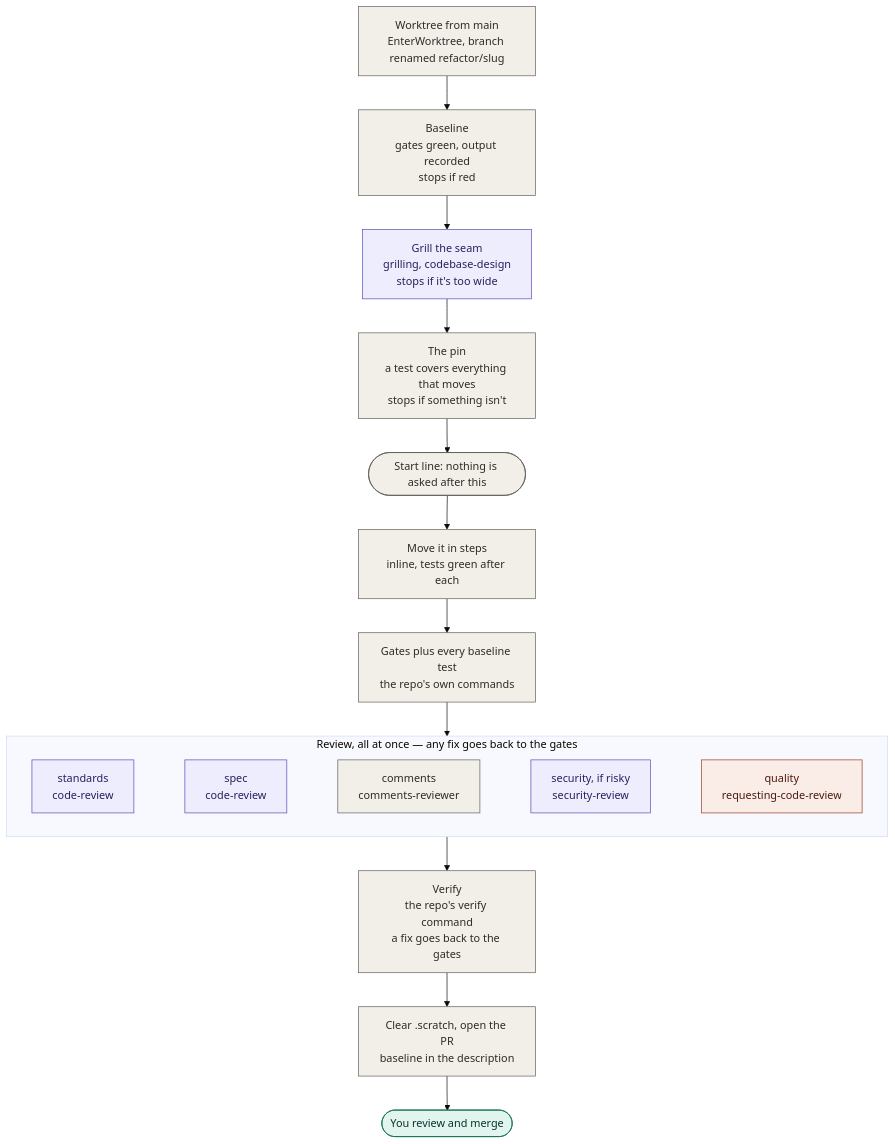
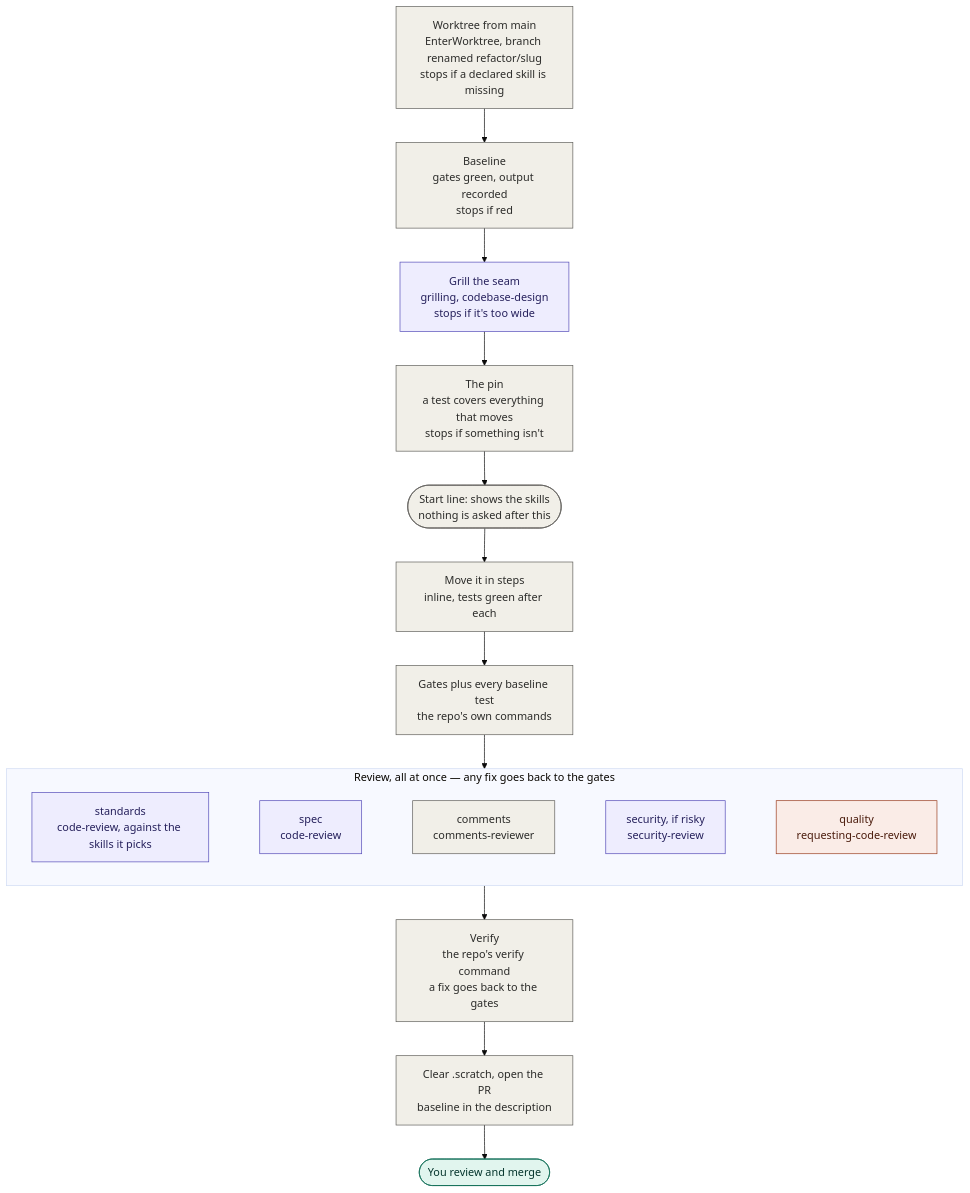
Before and after one commit to junayed711/temper: the third of 6 diagrams in README.md, drawn with Mermaid (base theme). The commit also changed other lines of this file, not shown here.

Commit message:
show skill routing in the readme workflow diagrams

````diff
--- a/README.md
+++ b/README.md
@@ -425,31 +425,31 @@
 ```mermaid
 flowchart TD
-    wt["Worktree from main<br/>EnterWorktree, branch renamed refactor/slug"]:::temper
+    wt["Worktree from main<br/>EnterWorktree, branch renamed refactor/slug<br/>stops if a declared skill is missing"]:::temper
     base["Baseline<br/>gates green, output recorded<br/>stops if red"]:::temper
     grill["Grill the seam<br/>grilling, codebase-design<br/>stops if it's too wide"]:::matt
     pin["The pin<br/>a test covers everything that moves<br/>stops if something isn't"]:::temper
-    go(["Start line: nothing is asked after this"]):::temper
+    go(["Start line: shows the skills<br/>nothing is asked after this"]):::temper
     move["Move it in steps<br/>inline, tests green after each"]:::temper
     gates["Gates plus every baseline test<br/>the repo's own commands"]:::temper
 
     subgraph panel["Review, all at once — any fix goes back to the gates"]
         direction LR
-        r1["standards<br/>code-review"]:::matt
+        r1["standards<br/>code-review, against the skills it picks"]:::matt
         r2["spec<br/>code-review"]:::matt
         r3["comments<br/>comments-reviewer"]:::temper
         r4["security, if risky<br/>security-review"]:::matt
         r5["quality<br/>requesting-code-review"]:::sp
         r1 ~~~ r2 ~~~ r3 ~~~ r4 ~~~ r5
     end
 
     verify["Verify<br/>the repo's verify command<br/>a fix goes back to the gates"]:::temper
     pr["Clear .scratch, open the PR<br/>baseline in the description"]:::temper
     merge(["You review and merge"]):::you
 
     wt --> base --> grill --> pin --> go --> move --> gates --> panel --> verify --> pr --> merge
 
     classDef matt fill:#EEEDFE,stroke:#534AB7,color:#26215C
     classDef sp fill:#FAECE7,stroke:#993C1D,color:#4A1B0C
     classDef you fill:#E1F5EE,stroke:#0F6E56,color:#04342C
     classDef temper fill:#F1EFE8,stroke:#5F5E5A,color:#2C2C2A
 ```
````
